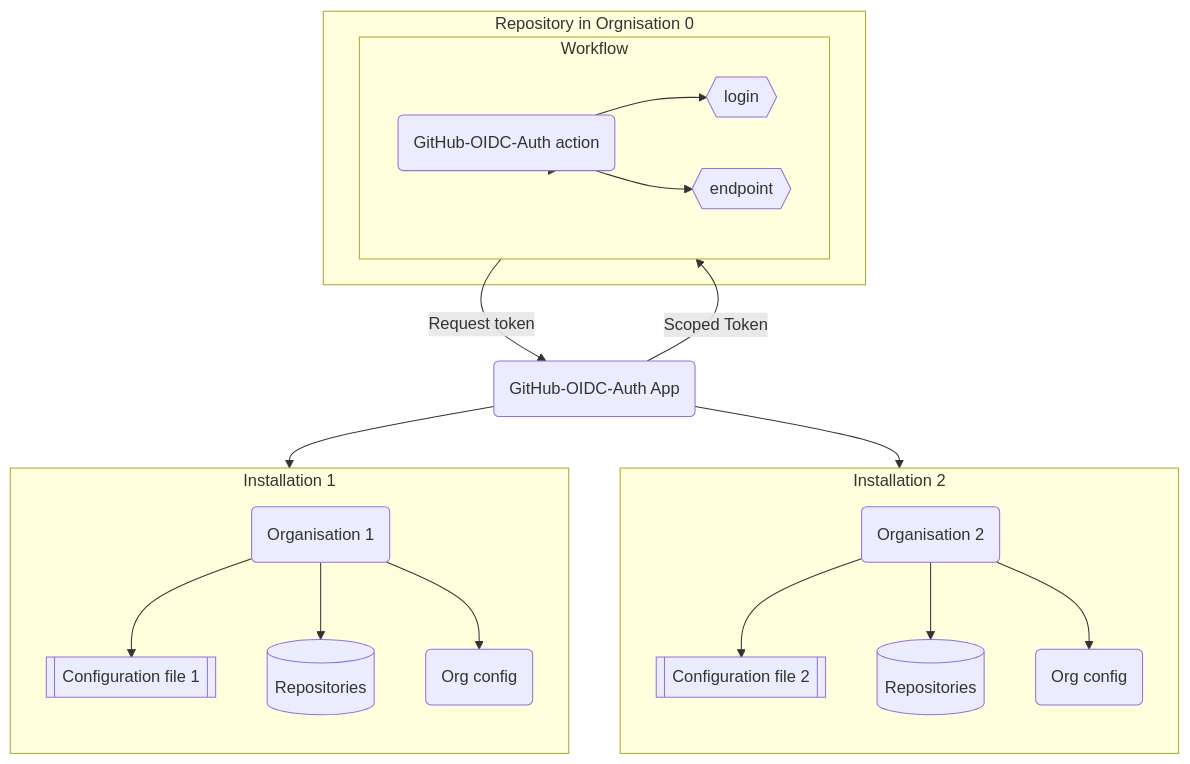
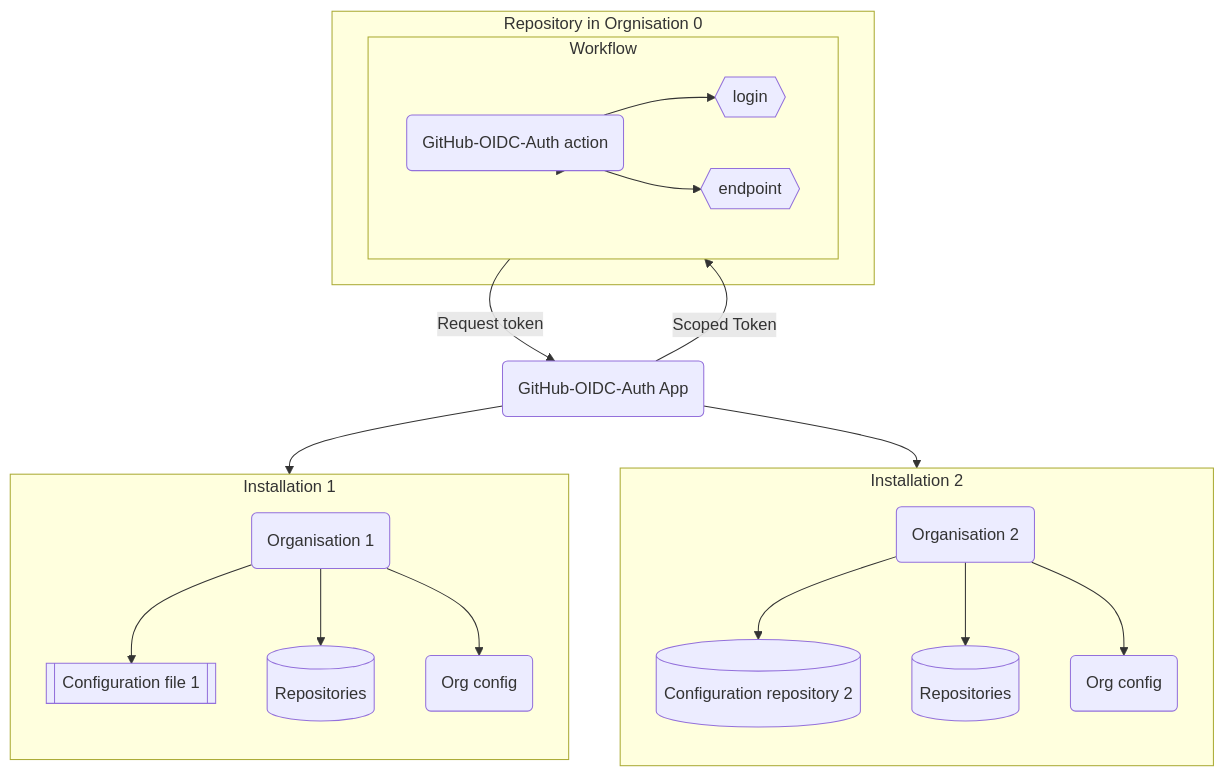
Before and after one commit to helaili/github-oidc-auth-app: the diagram in README.md, drawn with Mermaid. The commit also changed other lines of this file and 38 other files, not shown here.

````diff
--- a/README.md
+++ b/README.md
@@ -18,43 +18,43 @@
 ```mermaid 
 flowchart TB
   subgraph Repository in Orgnisation 0
     subgraph Workflow
         direction LR
         Action(GitHub-OIDC-Auth action)
         endpoint{{endpoint}}
         login{{login}}
         Action --> login
         Action --> endpoint
     end
     Workflow-->Action
   end
 
   App(GitHub-OIDC-Auth App)
 
   subgraph inst2 [Installation 2]
     direction TB
     Org2(Organisation 2)
-    ConfigFile2[[Configuration file 2]]
+    ConfigFile2[(Configuration repository 2)]
     Repo2[(Repositories)]
     Config2(Org config)
     Org2-->ConfigFile2
     Org2-->Repo2
     Org2-->Config2
   end
   
   subgraph inst1 [Installation 1]
     direction TB
     Org1(Organisation 1)
     ConfigFile1[[Configuration file 1]]
     Repo1[(Repositories)]
     Config1(Org config)
     Org1-->ConfigFile1
     Org1-->Repo1
     Org1-->Config1
   end
 
   Workflow -- Request token --> App
   App -- Scoped Token  --> Workflow
   App-->inst1
   App-->inst2
 ```
````
